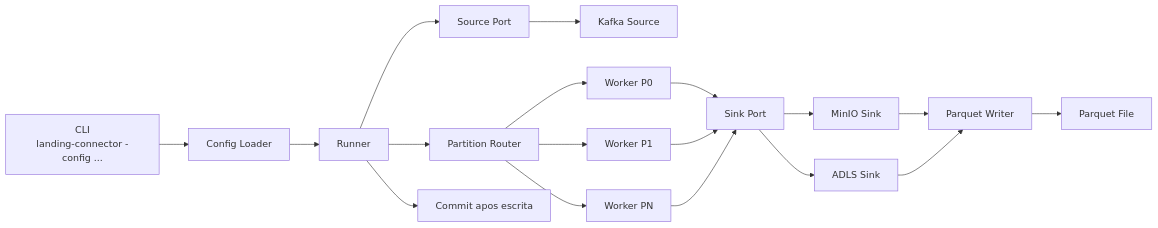
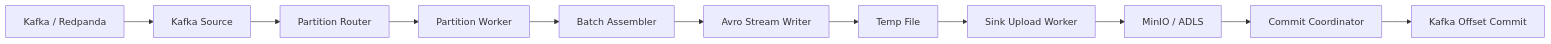
The diagram in docs/architecture/current-connector-flow.md (henrrs/data-ingestion-runtime), drawn with Mermaid before and after one commit. The commit also changed other lines of this file and 218 other files, not shown here.

````diff
--- a/docs/architecture/current-connector-flow.md
+++ b/docs/architecture/current-connector-flow.md
@@ -32,20 +19,13 @@
 ```mermaid
 flowchart LR
-    A["CLI<br/>landing-connector -config ..."] --> B["Config Loader"]
-    B --> C["Runner"]
-    C --> D["Source Port"]
-    C --> E["Partition Router"]
-    D --> F["Kafka Source"]
-    E --> G["Worker P0"]
-    E --> H["Worker P1"]
-    E --> I["Worker PN"]
-    G --> J["Sink Port"]
-    H --> J
-    I --> J
-    J --> K["MinIO Sink"]
-    J --> L["ADLS Sink"]
-    K --> M["Parquet Writer"]
-    L --> M
-    M --> N["Parquet File"]
-    C --> O["Commit apos escrita"]
+    A["Kafka / Redpanda"] --> B["Kafka Source"]
+    B --> C["Partition Router"]
+    C --> D["Partition Worker"]
+    D --> E["Batch Assembler"]
+    E --> F["Avro Stream Writer"]
+    F --> G["Temp File"]
+    G --> H["Sink Upload Worker"]
+    H --> I["MinIO / ADLS"]
+    I --> J["Commit Coordinator"]
+    J --> K["Kafka Offset Commit"]
 ```
````
